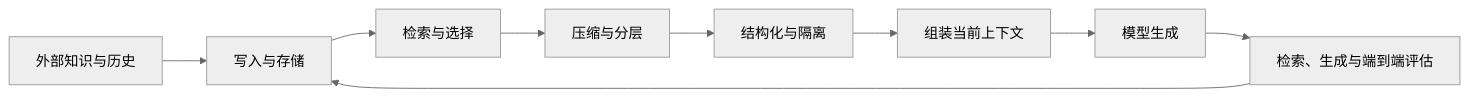
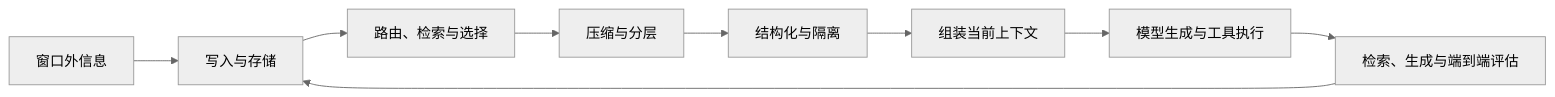
One commit to StarMeteoritePavilion/obsidian-ai changed the diagram in wiki/syntheses/上下文工程：有限窗口中的信息治理.md. Above: the diagram before and after it, drawn with Mermaid (neutral theme). The commit also changed other lines of this file and 69 other files, not shown here.

````diff
--- a/wiki/syntheses/上下文工程：有限窗口中的信息治理.md
+++ b/wiki/syntheses/上下文工程：有限窗口中的信息治理.md
@@ -18,11 +18,11 @@
 ```mermaid
 flowchart LR
-    A["外部知识与历史"] --> B["写入与存储"]
-    B --> C["检索与选择"]
+    A["窗口外信息"] --> B["写入与存储"]
+    B --> C["路由、检索与选择"]
     C --> D["压缩与分层"]
     D --> E["结构化与隔离"]
     E --> F["组装当前上下文"]
-    F --> G["模型生成"]
+    F --> G["模型生成与工具执行"]
     G --> H["检索、生成与端到端评估"]
     H --> B
 ```
````
